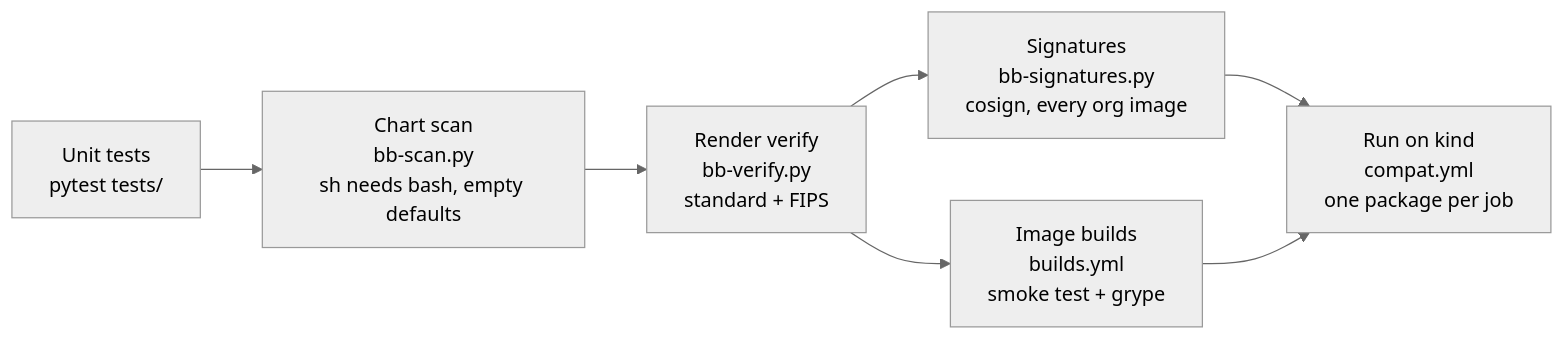
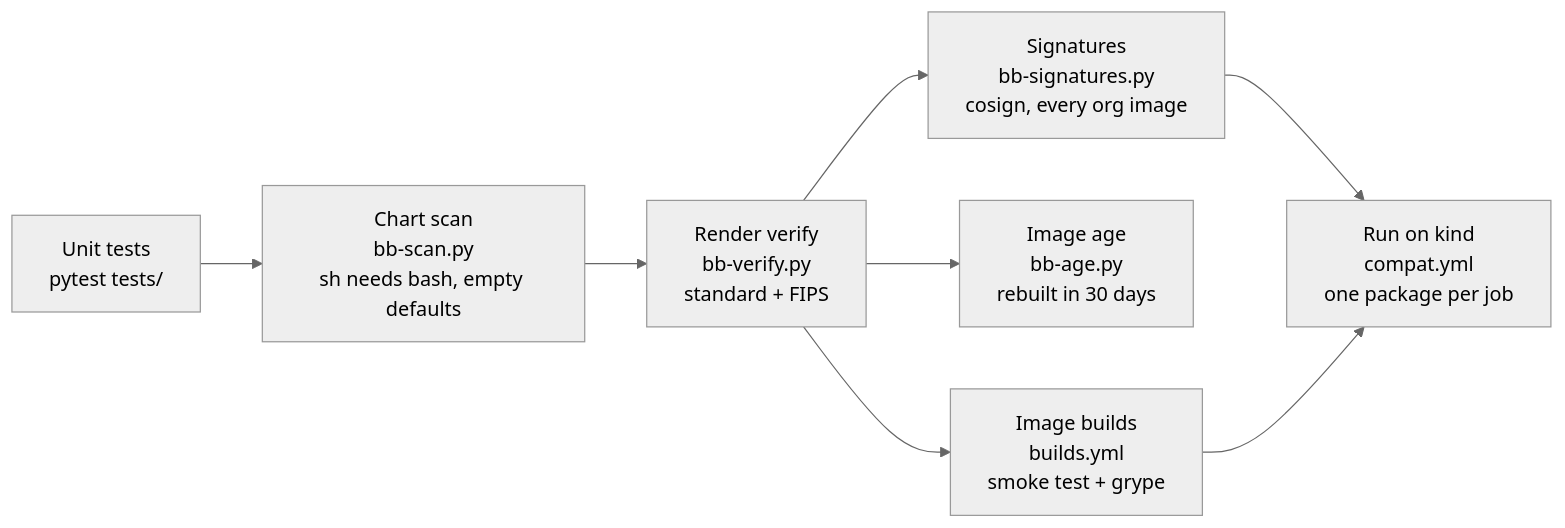
One commit to Zapata-Technology/bigbang-chainguard changed the diagram in docs/testing.md. Above: the diagram before and after it, drawn with Mermaid (neutral theme). The commit also changed other lines of this file and 9 other files, not shown here.

First line of the commit message:
CI: image age check, digest-pin coverage, Critical CVE details

````diff
--- a/docs/testing.md
+++ b/docs/testing.md
@@ -7,9 +7,10 @@
 ```mermaid
 flowchart LR
     U[Unit tests<br/>pytest tests/] --> SC[Chart scan<br/>bb-scan.py<br/>sh needs bash, empty defaults]
     SC --> V[Render verify<br/>bb-verify.py<br/>standard + FIPS]
     V --> S[Signatures<br/>bb-signatures.py<br/>cosign, every org image]
+    V --> AG[Image age<br/>bb-age.py<br/>rebuilt in 30 days]
     V --> B[Image builds<br/>builds.yml<br/>smoke test + grype]
     S --> C[Run on kind<br/>compat.yml<br/>one package per job]
     B --> C
 ```
````
